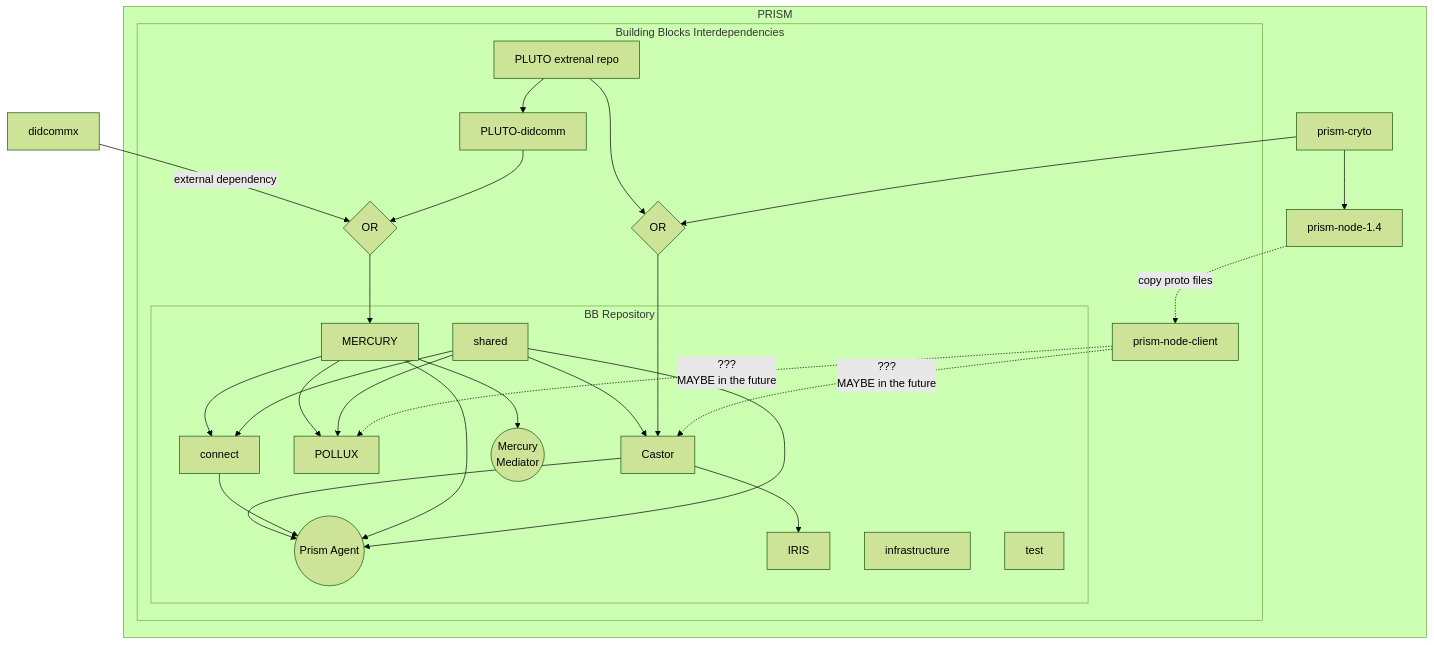
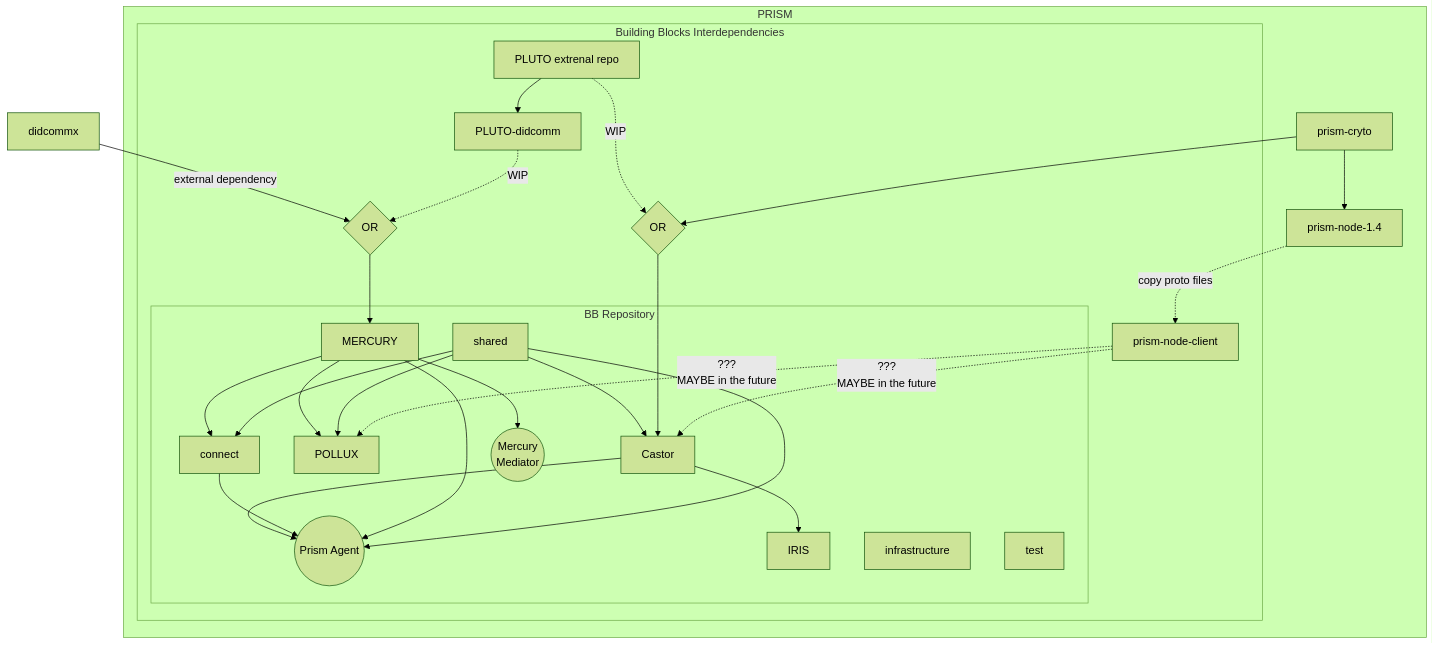
The diagram in Interdependencies.md (hyperledger/identus-cloud-agent), drawn with Mermaid (forest theme) before and after one commit.

Commit message:
add 'WIP' on lines

````diff
--- a/Interdependencies.md
+++ b/Interdependencies.md
@@ -7,60 +7,60 @@
 ```mermaid
 flowchart
-  PLUTO-didcomm --> OR1{OR} 
+  PLUTO-didcomm -.WIP.-> OR1{OR} 
   didcommx --external dependency--> OR1{OR} 
 
   subgraph PRISM
     prism-cryto --> prism-node-1.4
     prism-cryto --> OR2{OR}
     prism-node-1.4 -.copy proto files.-> prism-node
 
     subgraph BB[Building Blocks Interdependencies]
       prism-node -.???\nMAYBE in the future.-> castor
       prism-node -.???\nMAYBE in the future.-> pollux
 
-      pluto --> OR2{OR}
+      pluto -.WIP.-> OR2{OR}
       pluto --> PLUTO-didcomm
 
       OR1 --> mercury
 
       OR2 --> castor
 
       subgraph REPO [BB Repository]
         shared --> castor
         shared --> pollux
         shared --> prism-agent
         shared --> connect
         
         mercury --> pollux
         mercury --> connect
         mercury --> prism-agent
         mercury --> mediator
 
         connect --> prism-agent
 
         castor --> iris
         castor --> prism-agent
 
 
         infrastructure
         test
       end
     end
   end
 
   
 
 %% All 
 castor[Castor]
 connect
 infrastructure
 iris[IRIS]
 mercury[MERCURY]
 mediator((Mercury\nMediator))
 pluto[PLUTO extrenal repo]
 pollux[POLLUX]
 prism-agent((Prism Agent))
 prism-node[prism-node-client]
 shared
 test
 ```
````
